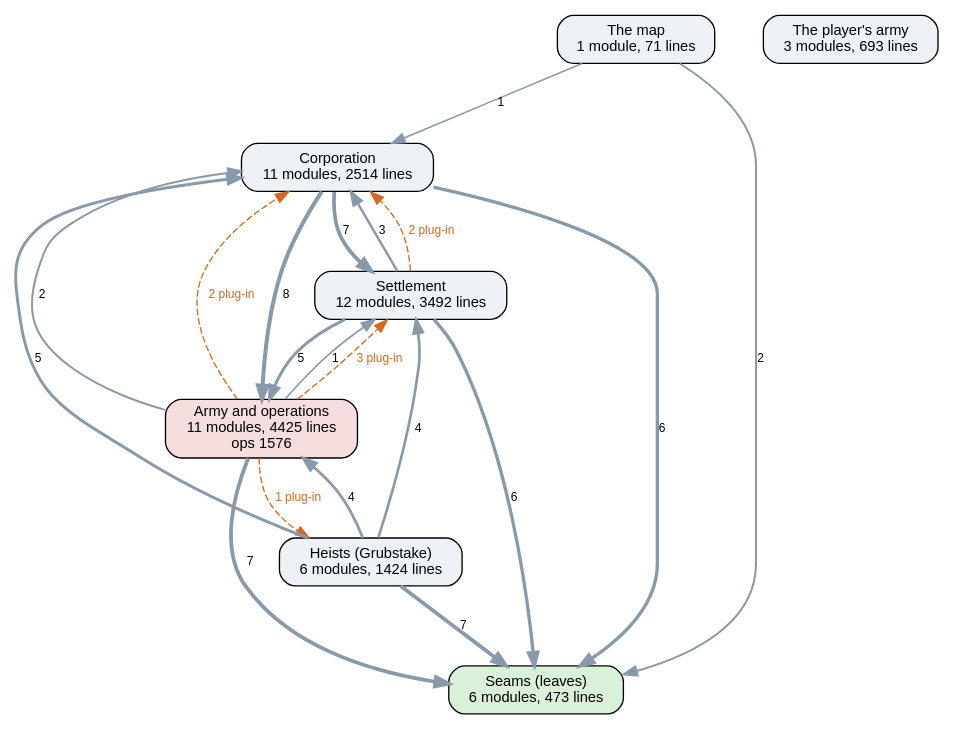
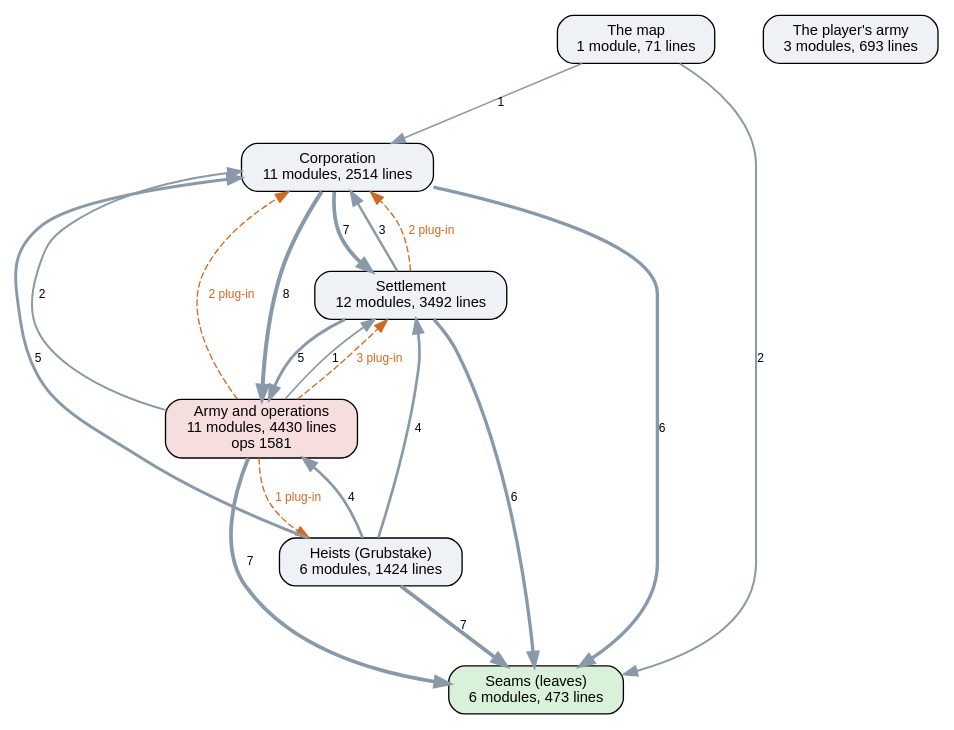
One commit to kinelhu/landing-party changed the diagram in docs/ai-layers.dot. Above: the diagram before and after it, drawn with Graphviz. The commit also changed 8 other files, not shown here.

```diff
--- a/docs/ai-layers.dot
+++ b/docs/ai-layers.dot
@@ -1,31 +1,31 @@
 digraph layers {
   graph [rankdir=TB, fontname="Helvetica", nodesep=0.5, ranksep=0.7];
   node [shape=box, style="rounded,filled", fontname="Helvetica", fontsize=11, fillcolor="#eef2f7"];
   edge [color="#8899aa", fontname="Helvetica", fontsize=9];
   "Seams (leaves)" [label="Seams (leaves)\n6 modules, 473 lines", fillcolor="#d9f0d9"];
   "Corporation" [label="Corporation\n11 modules, 2514 lines", fillcolor="#eef2f7"];
   "Settlement" [label="Settlement\n12 modules, 3492 lines", fillcolor="#eef2f7"];
-  "Army and operations" [label="Army and operations\n11 modules, 4425 lines\nops 1576", fillcolor="#f7dede"];
+  "Army and operations" [label="Army and operations\n11 modules, 4430 lines\nops 1581", fillcolor="#f7dede"];
   "Heists (Grubstake)" [label="Heists (Grubstake)\n6 modules, 1424 lines", fillcolor="#eef2f7"];
   "The map" [label="The map\n1 module, 71 lines", fillcolor="#eef2f7"];
   "The player's army" [label="The player's army\n3 modules, 693 lines", fillcolor="#eef2f7"];
   "Army and operations" -> "Corporation" [label="2", penwidth=1.5];
   "Army and operations" -> "Seams (leaves)" [label="7", penwidth=2.8];
   "Army and operations" -> "Settlement" [label="1", penwidth=1.2];
   "Corporation" -> "Army and operations" [label="8", penwidth=3.0];
   "Corporation" -> "Seams (leaves)" [label="6", penwidth=2.5];
   "Corporation" -> "Settlement" [label="7", penwidth=2.8];
   "Heists (Grubstake)" -> "Army and operations" [label="4", penwidth=2.0];
   "Heists (Grubstake)" -> "Corporation" [label="5", penwidth=2.2];
   "Heists (Grubstake)" -> "Seams (leaves)" [label="7", penwidth=2.8];
   "Heists (Grubstake)" -> "Settlement" [label="4", penwidth=2.0];
   "Settlement" -> "Army and operations" [label="5", penwidth=2.2];
   "Settlement" -> "Corporation" [label="3", penwidth=1.8];
   "Settlement" -> "Seams (leaves)" [label="6", penwidth=2.5];
   "The map" -> "Corporation" [label="1", penwidth=1.2];
   "The map" -> "Seams (leaves)" [label="2", penwidth=1.5];
   "Army and operations" -> "Corporation" [style=dashed, color="#d2691e", fontcolor="#d2691e", label="2 plug-in"];
   "Army and operations" -> "Heists (Grubstake)" [style=dashed, color="#d2691e", fontcolor="#d2691e", label="1 plug-in"];
   "Army and operations" -> "Settlement" [style=dashed, color="#d2691e", fontcolor="#d2691e", label="3 plug-in"];
   "Settlement" -> "Corporation" [style=dashed, color="#d2691e", fontcolor="#d2691e", label="2 plug-in"];
 }
```
